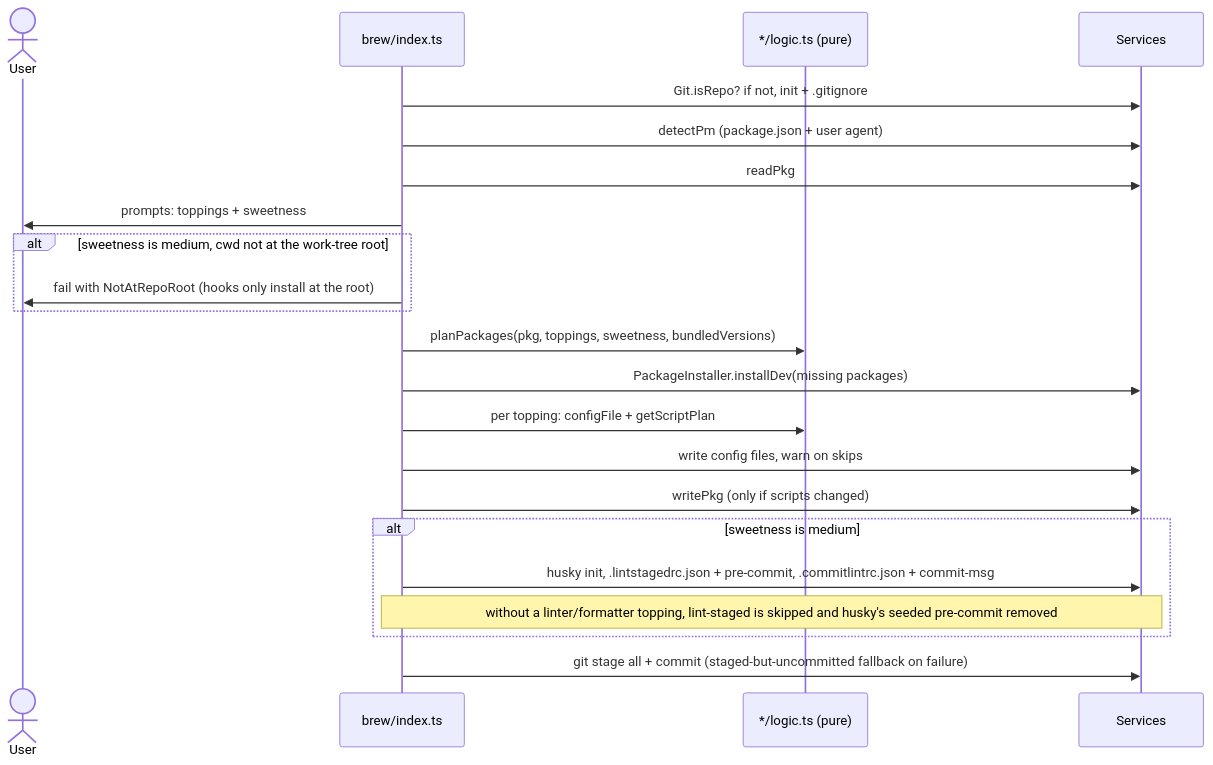
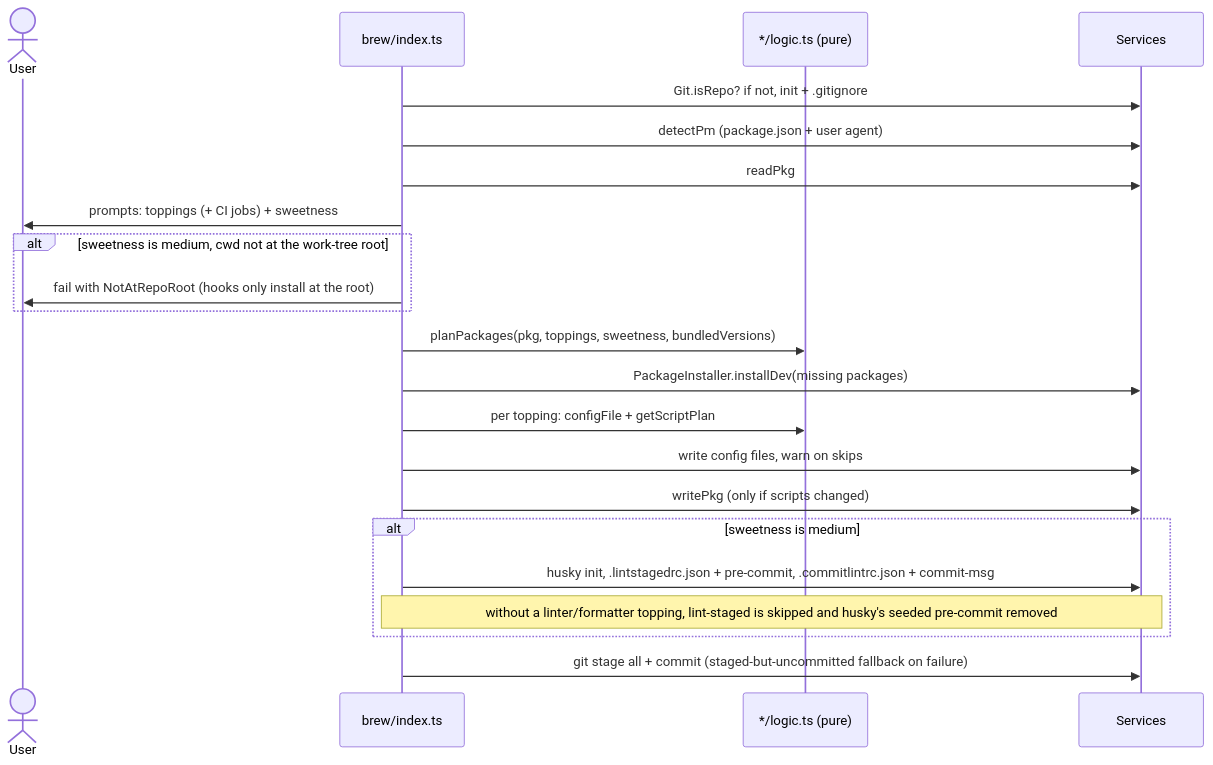
One commit to peeranat-dan/chanom changed the third of 3 diagrams in packages/cli/ARCHITECTURE.md. Above: the diagram before and after it, drawn with Mermaid. The commit also changed other lines of this file and 30 other files, not shown here.

````diff
--- a/packages/cli/ARCHITECTURE.md
+++ b/packages/cli/ARCHITECTURE.md
@@ -137,25 +138,25 @@
 ```mermaid
 sequenceDiagram
     actor User
     participant Brew as brew/index.ts
     participant Logic as */logic.ts (pure)
     participant Svc as Services
 
     Brew->>Svc: Git.isRepo? if not, init + .gitignore
     Brew->>Svc: detectPm (package.json + user agent)
     Brew->>Svc: readPkg
-    Brew->>User: prompts: toppings + sweetness
+    Brew->>User: prompts: toppings (+ CI jobs) + sweetness
     alt sweetness is medium, cwd not at the work-tree root
         Brew->>User: fail with NotAtRepoRoot (hooks only install at the root)
     end
     Brew->>Logic: planPackages(pkg, toppings, sweetness, bundledVersions)
     Brew->>Svc: PackageInstaller.installDev(missing packages)
     Brew->>Logic: per topping: configFile + getScriptPlan
     Brew->>Svc: write config files, warn on skips
     Brew->>Svc: writePkg (only if scripts changed)
     alt sweetness is medium
         Brew->>Svc: husky init, .lintstagedrc.json + pre-commit, .commitlintrc.json + commit-msg
         Note over Brew,Svc: without a linter/formatter topping, lint-staged is skipped and husky's seeded pre-commit removed
     end
     Brew->>Svc: git stage all + commit (staged-but-uncommitted fallback on failure)
 ```
````
